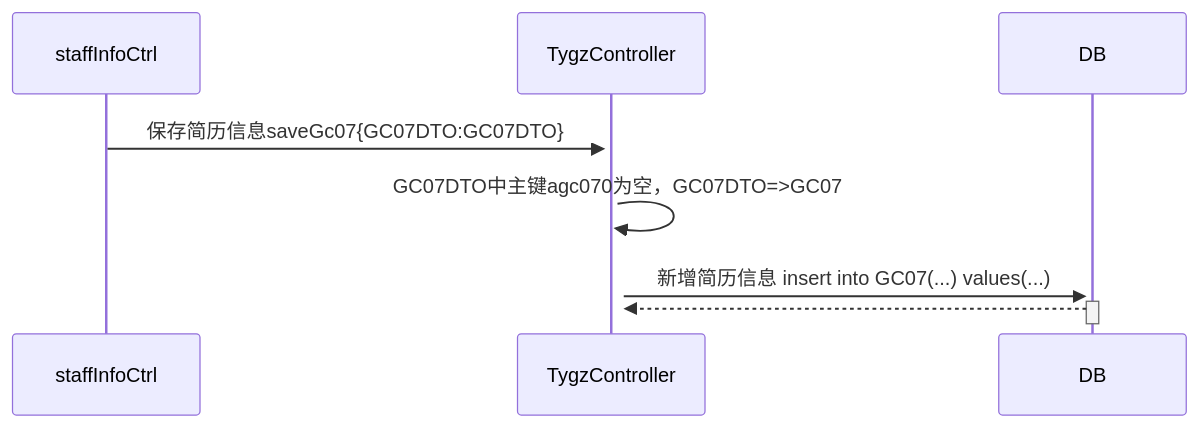
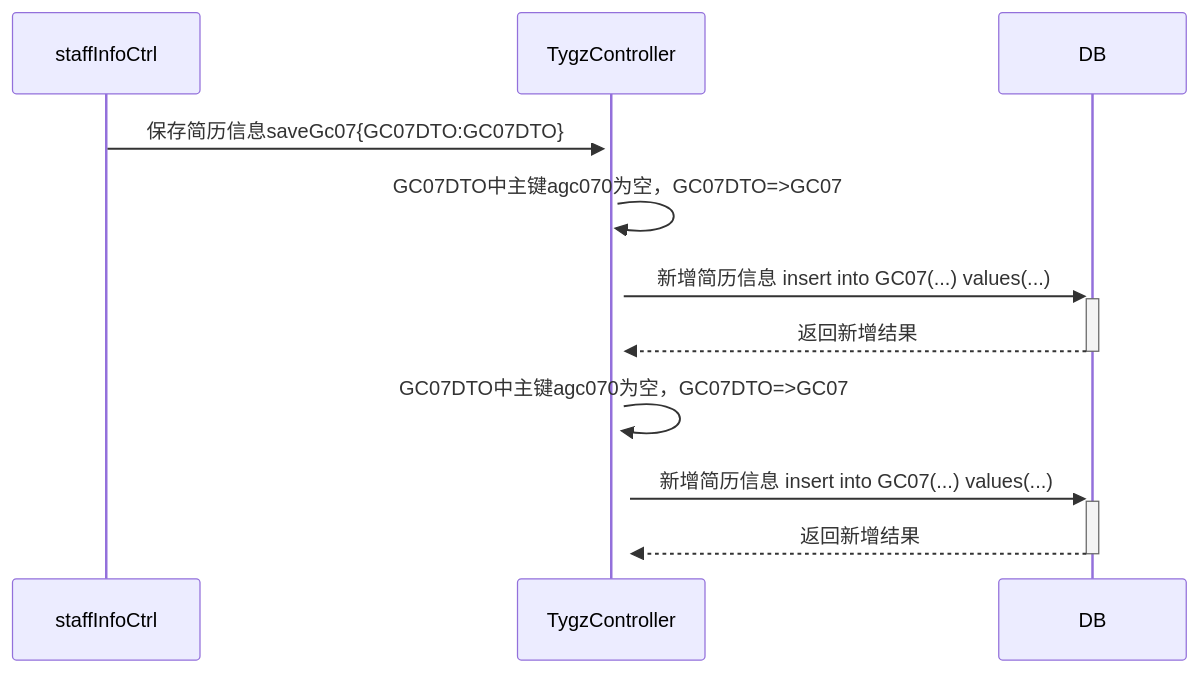
The diagram in all/未命名.md (ZhangJianBeiJing/iodraw-files), drawn with Mermaid before and after one commit.

Commit message:
2025-03-25 17:09:00 update

````diff
--- a/all/未命名.md
+++ b/all/未命名.md
@@ -1,10 +1,13 @@
 ```mermaid
 sequenceDiagram
     staffInfoCtrl->>+TygzController:保存简历信息saveGc07{GC07DTO:GC07DTO}
     TygzController->>+TygzController:GC07DTO中主键agc070为空，GC07DTO=>GC07
     TygzController->>+DB:新增简历信息 insert into GC07(...) values(...)
-    DB-->>-TygzController:
+    DB-->>-TygzController:返回新增结果
+    TygzController->>+TygzController:GC07DTO中主键agc070为空，GC07DTO=>GC07
+    TygzController->>+DB:新增简历信息 insert into GC07(...) values(...)
+    DB-->>-TygzController:返回新增结果
 
 
             
 ```
````
